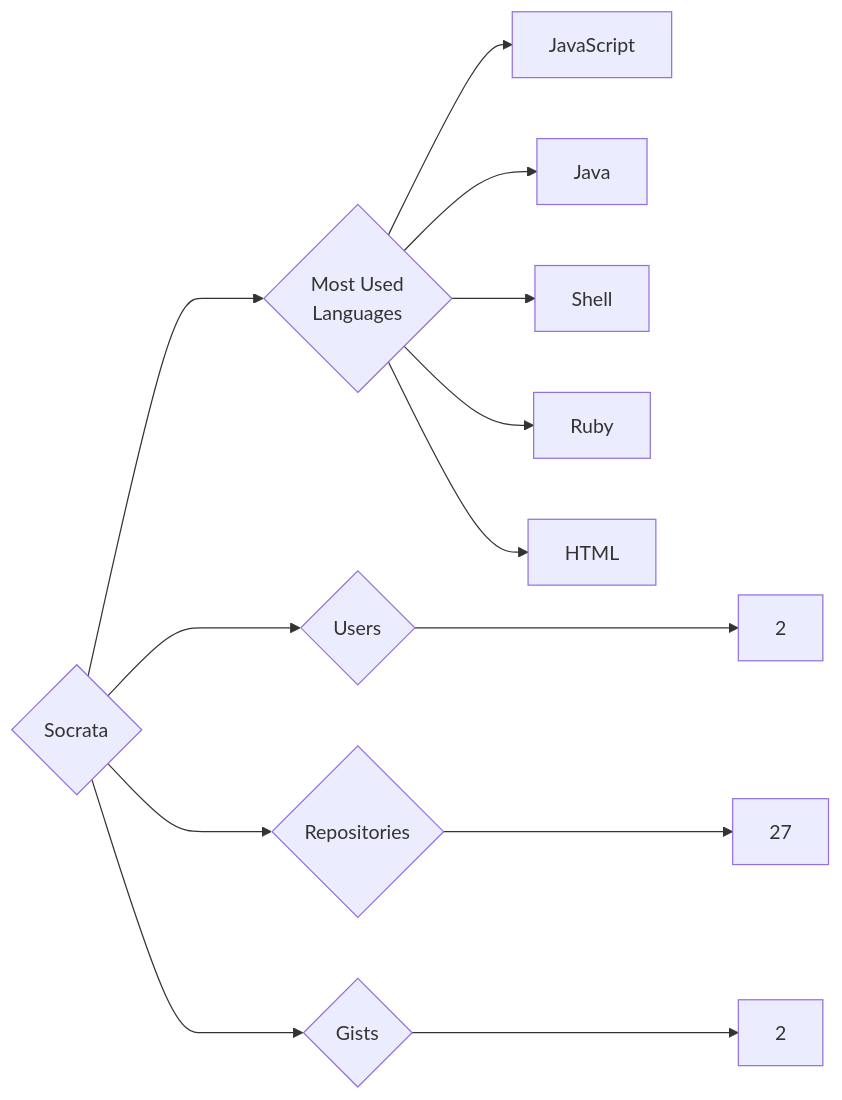
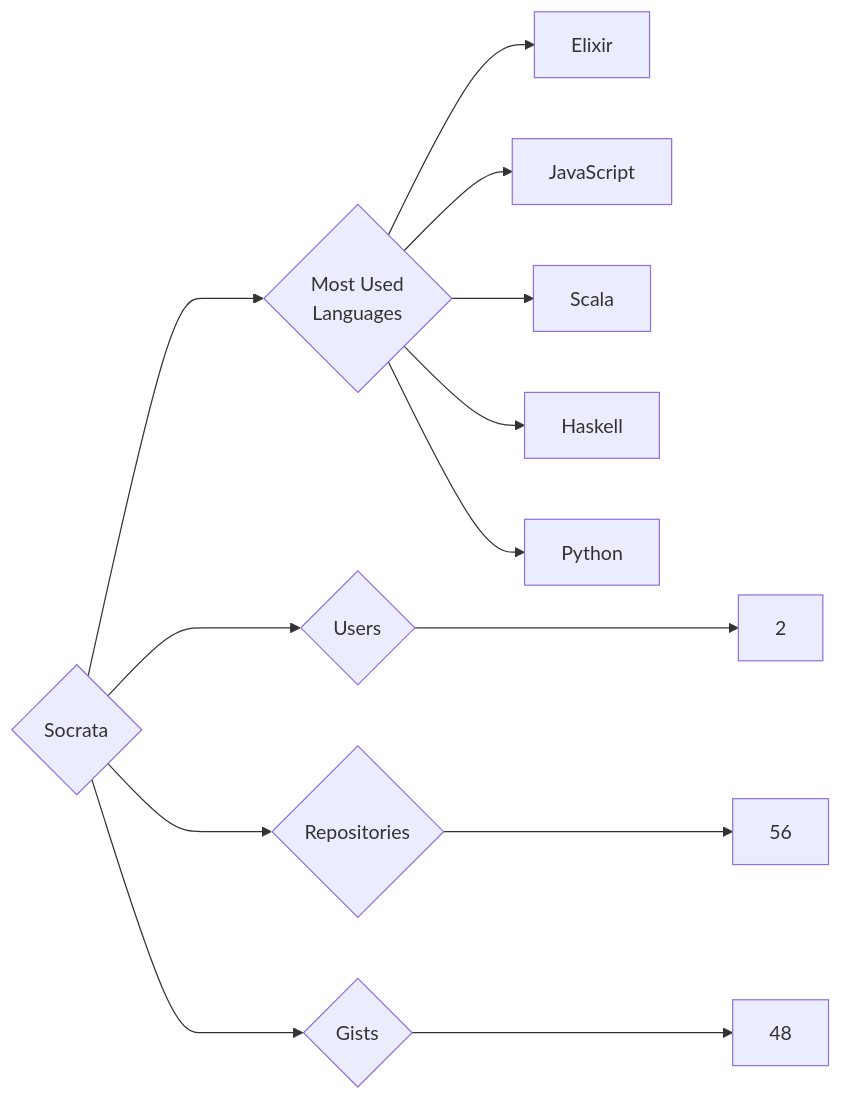
Before and after one commit to trickest/insiders: the diagram in targets/Socrata/README.md, drawn with Mermaid. The commit also changed 877 other files, not shown here.

````diff
--- a/targets/Socrata/README.md
+++ b/targets/Socrata/README.md
@@ -3,13 +3,13 @@
 ```mermaid
 graph LR
 COMPANY_NAME{Socrata}
 COMPANY_NAME ---> U{Users} ---> UN[2]
-COMPANY_NAME ---> R{Repositories} ---> RN[27]
-COMPANY_NAME ---> G{Gists} ---> GN[2]
+COMPANY_NAME ---> R{Repositories} ---> RN[56]
+COMPANY_NAME ---> G{Gists} ---> GN[48]
 COMPANY_NAME ---> ML{Most Used<br>Languages}
+ML --> Elixir[Elixir]
 ML --> JavaScript[JavaScript]
-ML --> Java[Java]
-ML --> Shell[Shell]
-ML --> Ruby[Ruby]
-ML --> HTML[HTML]
+ML --> Scala[Scala]
+ML --> Haskell[Haskell]
+ML --> Python[Python]
 ```
````
